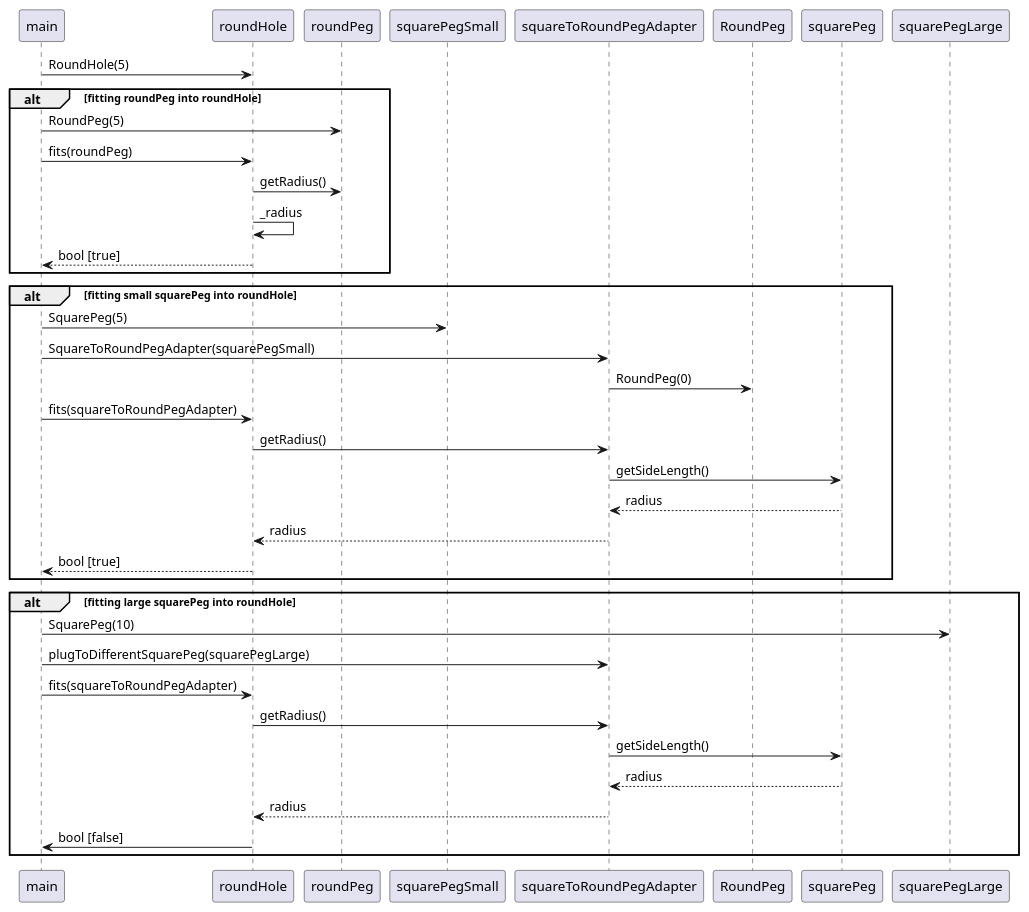
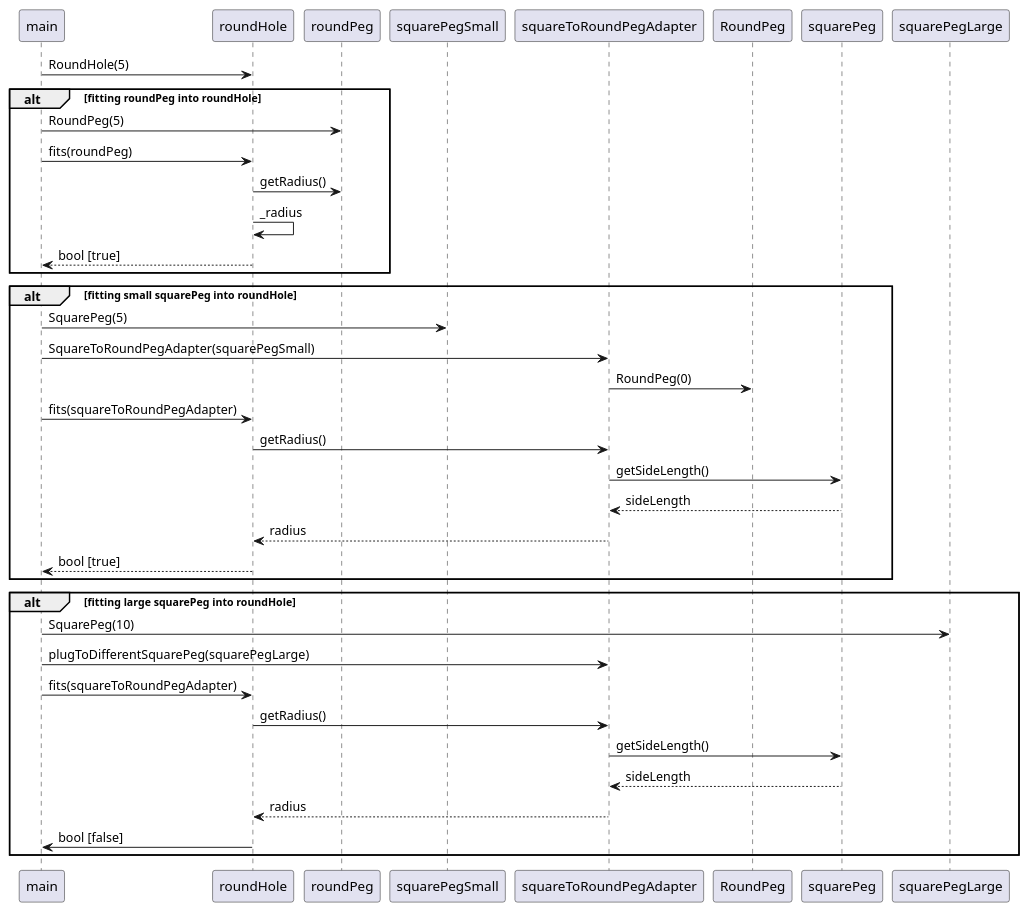
Before and after one commit to kyberdrb/CLionProjects: the diagram in Design_Patterns_CPP/Structural/Adapter/Object_adapter_with_reference_wrapper_with_polymorphism_CPP_14/object_adapter-sequence_diagram.puml, drawn with PlantUML. The commit also changed 52 other files, not shown here.

```diff
--- a/Design_Patterns_CPP/Structural/Adapter/Object_adapter_with_reference_wrapper_with_polymorphism_CPP_14/object_adapter-sequence_diagram.puml
+++ b/Design_Patterns_CPP/Structural/Adapter/Object_adapter_with_reference_wrapper_with_polymorphism_CPP_14/object_adapter-sequence_diagram.puml
@@ -1,42 +1,40 @@
 @startuml
 'https://plantuml.com/sequence-diagram
-
-'autonumber
 
 main -> roundHole : RoundHole(5)
 
 alt fitting roundPeg into roundHole
     main -> roundPeg : RoundPeg(5)
     main -> roundHole : fits(roundPeg)
     roundHole -> roundPeg : getRadius()
     roundHole -> roundHole : _radius
     roundHole --> main : bool [true]
 end
 
 alt fitting small squarePeg into roundHole
     main -> squarePegSmall : SquarePeg(5)
     main -> squareToRoundPegAdapter : SquareToRoundPegAdapter(squarePegSmall)
     squareToRoundPegAdapter -> RoundPeg : RoundPeg(0)
 
     main -> roundHole : fits(squareToRoundPegAdapter)
     roundHole -> squareToRoundPegAdapter : getRadius()
     squareToRoundPegAdapter -> squarePeg : getSideLength()
-    squarePeg --> squareToRoundPegAdapter : radius
+    squarePeg --> squareToRoundPegAdapter : sideLength
     squareToRoundPegAdapter --> roundHole : radius
     roundHole --> main : bool [true]
 
 end
 
 alt fitting large squarePeg into roundHole
     main -> squarePegLarge : SquarePeg(10)
     main -> squareToRoundPegAdapter : plugToDifferentSquarePeg(squarePegLarge)
 
     main -> roundHole : fits(squareToRoundPegAdapter)
     roundHole -> squareToRoundPegAdapter : getRadius()
     squareToRoundPegAdapter -> squarePeg : getSideLength()
-    squarePeg --> squareToRoundPegAdapter : radius
+    squarePeg --> squareToRoundPegAdapter : sideLength
     squareToRoundPegAdapter --> roundHole : radius
     roundHole -> main : bool [false]
 end
 
 @enduml
```
